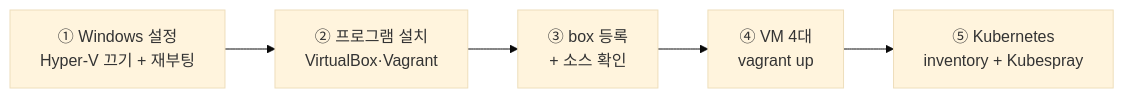
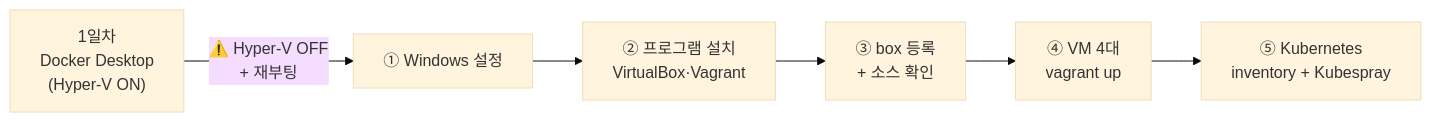
Before and after one commit to Finfra/sreMsa: the diagram in lab1.Kubespray/pc/0.pc_setting/README.md, drawn with Mermaid (base theme). The commit also changed other lines of this file, not shown here.

````diff
--- a/lab1.Kubespray/pc/0.pc_setting/README.md
+++ b/lab1.Kubespray/pc/0.pc_setting/README.md
@@ -17,7 +17,8 @@
 ```mermaid
 flowchart LR
-    A["① Windows 설정<br/>Hyper-V 끄기 + 재부팅"] --> B["② 프로그램 설치<br/>VirtualBox·Vagrant"]
+    Z["1일차<br/>Docker Desktop<br/>(Hyper-V ON)"] -->|"⚠️ Hyper-V OFF<br/>+ 재부팅"| A["① Windows 설정"]
+    A --> B["② 프로그램 설치<br/>VirtualBox·Vagrant"]
     B --> C["③ box 등록<br/>+ 소스 확인"]
     C --> D["④ VM 4대<br/>vagrant up"]
     D --> E["⑤ Kubernetes<br/>inventory + Kubespray"]
 ```
````
